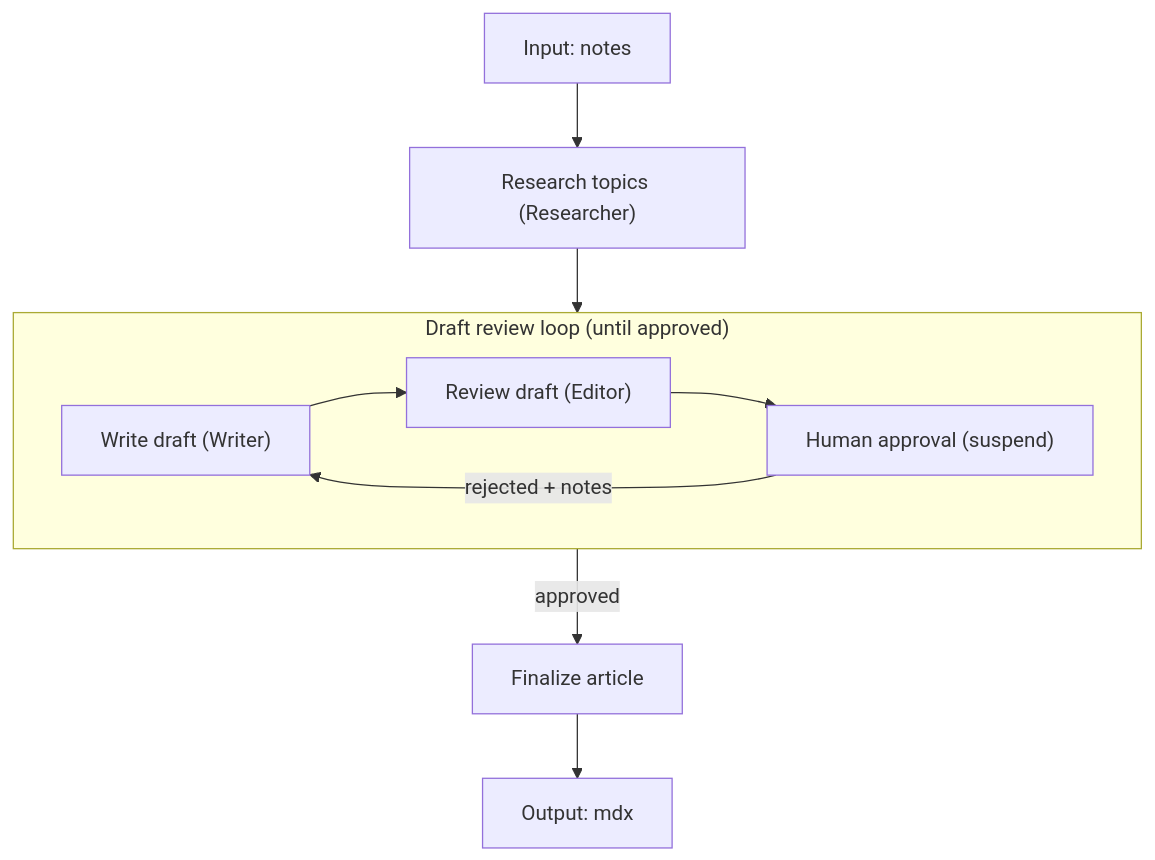
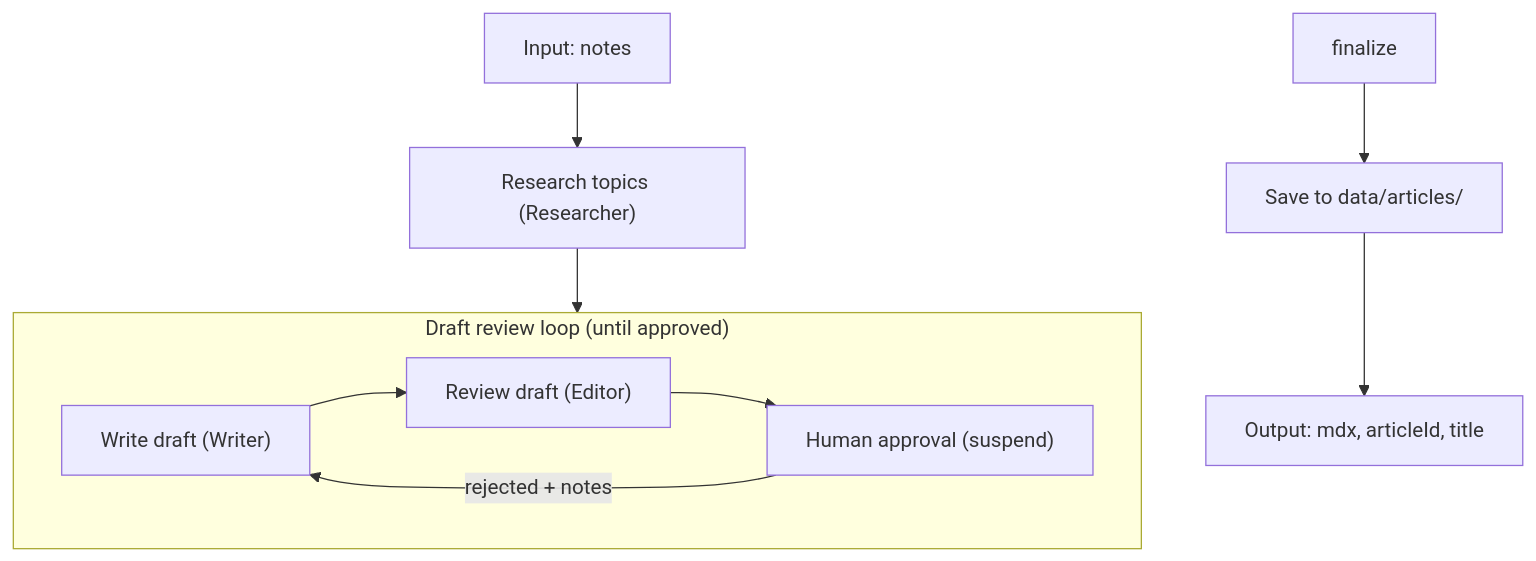
Before and after one commit to foxbit19/agentic-writer: the first of 2 diagrams in docs/workflows.md, drawn with Mermaid. The commit also changed other lines of this file and 3 other files, not shown here.

````diff
--- a/docs/workflows.md
+++ b/docs/workflows.md
@@ -14,16 +14,16 @@
 ```mermaid
 flowchart TD
     input["Input: notes"] --> research["Research topics (Researcher)"]
     research --> draftLoop
 
     subgraph draftLoop ["Draft review loop (until approved)"]
         write["Write draft (Writer)"]
         review["Review draft (Editor)"]
         approve["Human approval (suspend)"]
         write --> review --> approve
         approve -->|"rejected + notes"| write
     end
 
-    draftLoop -->|approved| finalize["Finalize article"]
-    finalize --> output["Output: mdx"]
+    finalize --> output["Save to data/articles/"]
+    output --> result["Output: mdx, articleId, title"]
 ```
````
